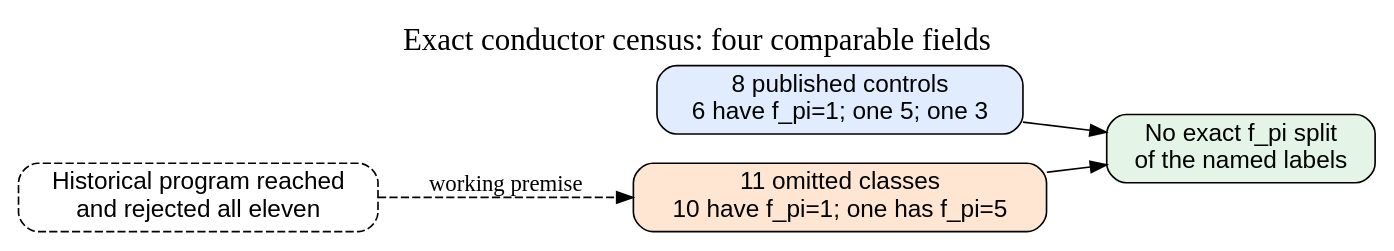
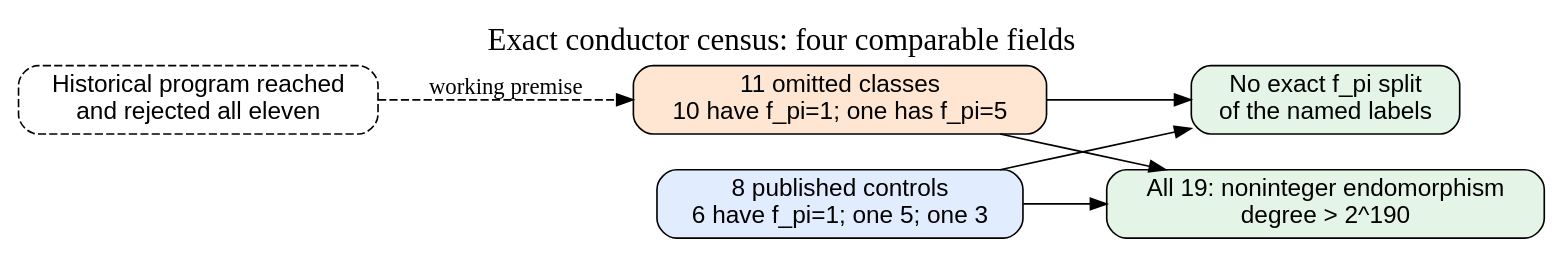
One commit to aburan28/crypto-autoresearcher changed the diagram in research/nist_seed_exact_conductor_census_20261023/inference.dot. Above: the diagram before and after it, drawn with Graphviz. The commit also changed 4 other files, not shown here.

Commit message:
Derive exact lower bound on noninteger endomorphism degrees

```diff
--- a/research/nist_seed_exact_conductor_census_20261023/inference.dot
+++ b/research/nist_seed_exact_conductor_census_20261023/inference.dot
@@ -1,10 +1,11 @@
 digraph Census {
   graph [rankdir=LR, bgcolor="white", labelloc=t,
     label="Exact conductor census: four comparable fields", fontsize=19];
   node [shape=box, style="rounded,filled", fontname="Helvetica", fontsize=15];
   a [label="11 omitted classes\n10 have f_pi=1; one has f_pi=5", fillcolor="#ffe6d3"];
   b [label="8 published controls\n6 have f_pi=1; one 5; one 3", fillcolor="#e1edff"];
   c [label="No exact f_pi split\nof the named labels", fillcolor="#e4f4e7"];
   d [label="Historical program reached\nand rejected all eleven", style="dashed,rounded", fillcolor="white"];
-  a -> c; b -> c; d -> a [style=dashed, label="working premise"];
+  e [label="All 19: noninteger endomorphism\ndegree > 2^190", fillcolor="#e4f4e7"];
+  a -> c; b -> c; a -> e; b -> e; d -> a [style=dashed, label="working premise"];
 }
```
